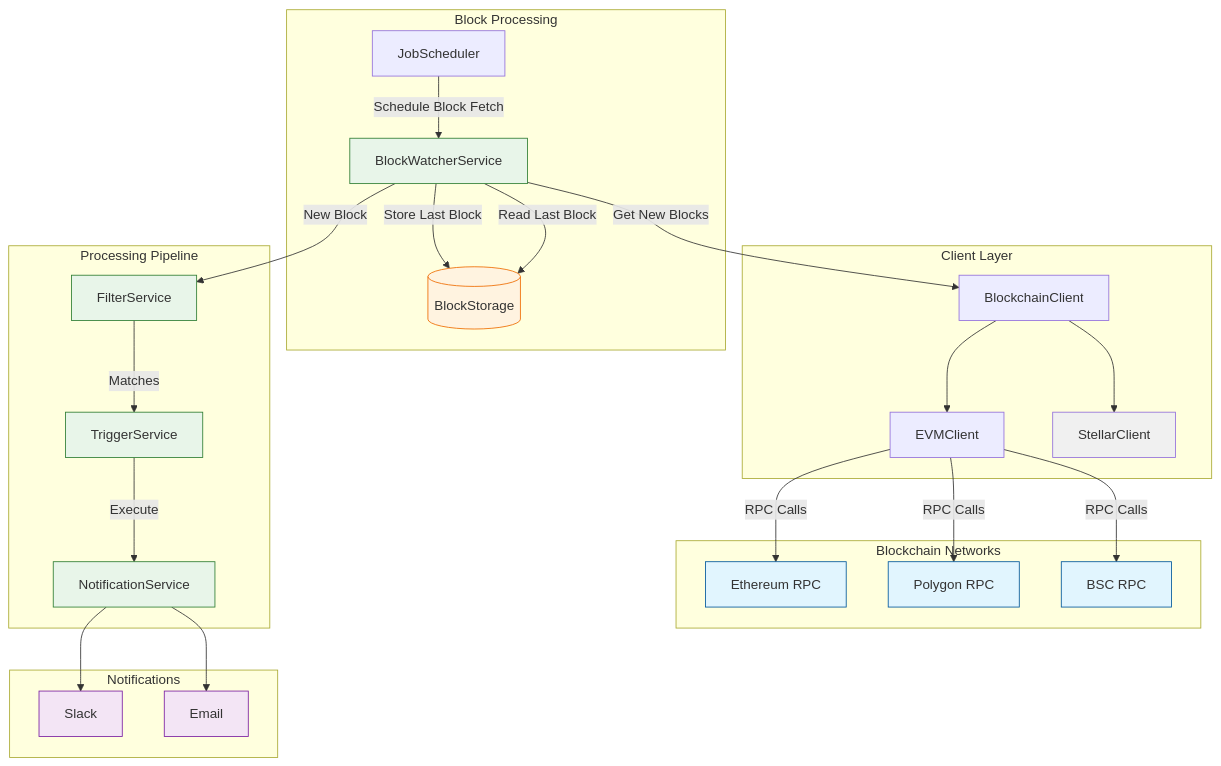
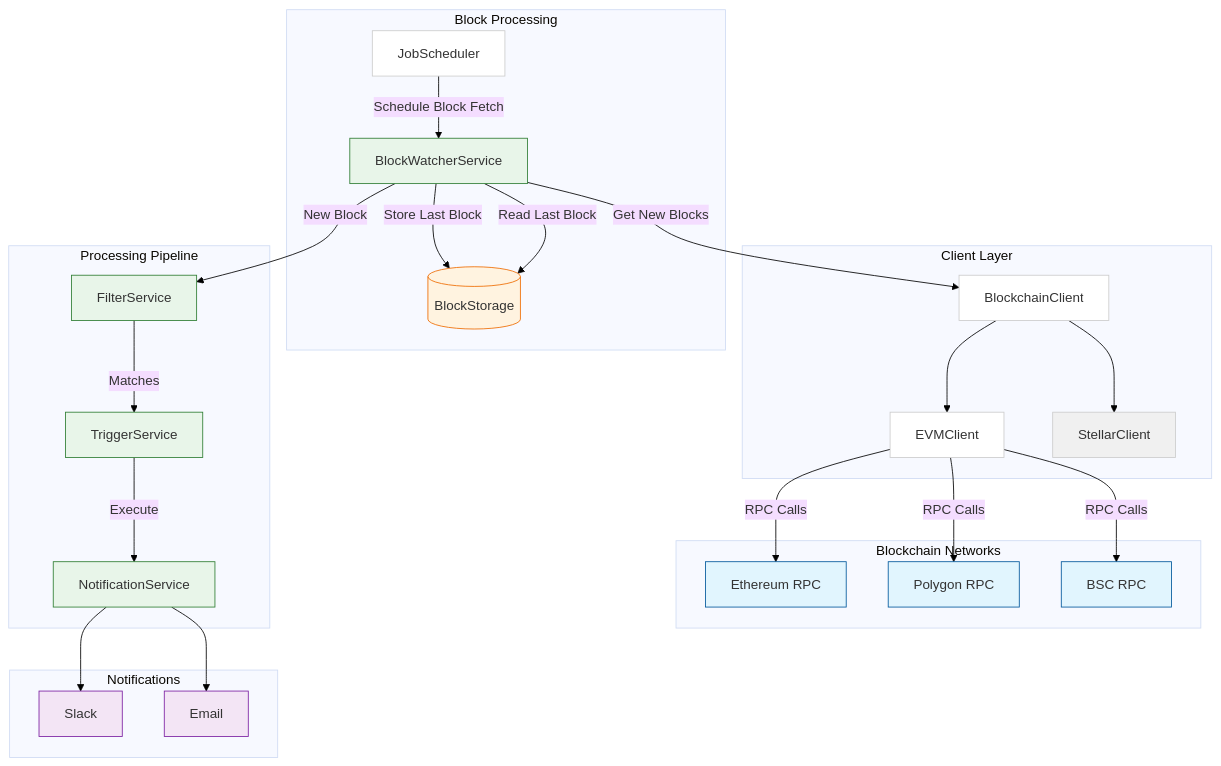
Before and after one commit to stevedylandev/openzeppelin-monitor: the diagram in README.md, drawn with Mermaid. The commit also changed other lines of this file, not shown here.

````diff
--- a/README.md
+++ b/README.md
@@ -7,63 +7,71 @@
 ```mermaid
+%%{init: {
+    'theme': 'base',
+    'themeVariables': {
+        'background': '#ffffff',
+        'mainBkg': '#ffffff',
+        'primaryBorderColor': '#cccccc'
+    }
+}}%%
 graph TD
     subgraph Blockchain Networks
         ETH[Ethereum RPC]
         POL[Polygon RPC]
         BSC[BSC RPC]
     end
 
     subgraph Block Processing
         BW[BlockWatcherService]
         BS[(BlockStorage)]
         JS[JobScheduler]
     end
 
     subgraph Client Layer
         BC[BlockchainClient]
         EVM[EVMClient]
         STL[StellarClient]
     end
 
     subgraph Processing Pipeline
         FS[FilterService]
         TS[TriggerService]
         NS[NotificationService]
     end
 
     subgraph Notifications
         Slack
         Email
     end
 
     %% Block Processing Flow
     JS -->|Schedule Block Fetch| BW
     BW -->|Store Last Block| BS
     BW -->|Read Last Block| BS
     BW -->|Get New Blocks| BC
 
     %% Client Connections
     BC --> EVM
     BC --> STL
     EVM -->|RPC Calls| ETH
     EVM -->|RPC Calls| POL
     EVM -->|RPC Calls| BSC
 
     %% Processing Flow
     BW -->|New Block| FS
     FS -->|Matches| TS
     TS -->|Execute| NS
     NS --> Slack
     NS --> Email
 
     style STL fill:#f0f0f0
 
     classDef rpc fill:#e1f5fe,stroke:#01579b
     classDef storage fill:#fff3e0,stroke:#ef6c00
     classDef service fill:#e8f5e9,stroke:#2e7d32
     classDef notification fill:#f3e5f5,stroke:#7b1fa2
 
     class ETH,POL,BSC rpc
     class BS storage
     class BW,FS,TS,NS service
     class Slack,Email notification
 ```
````
